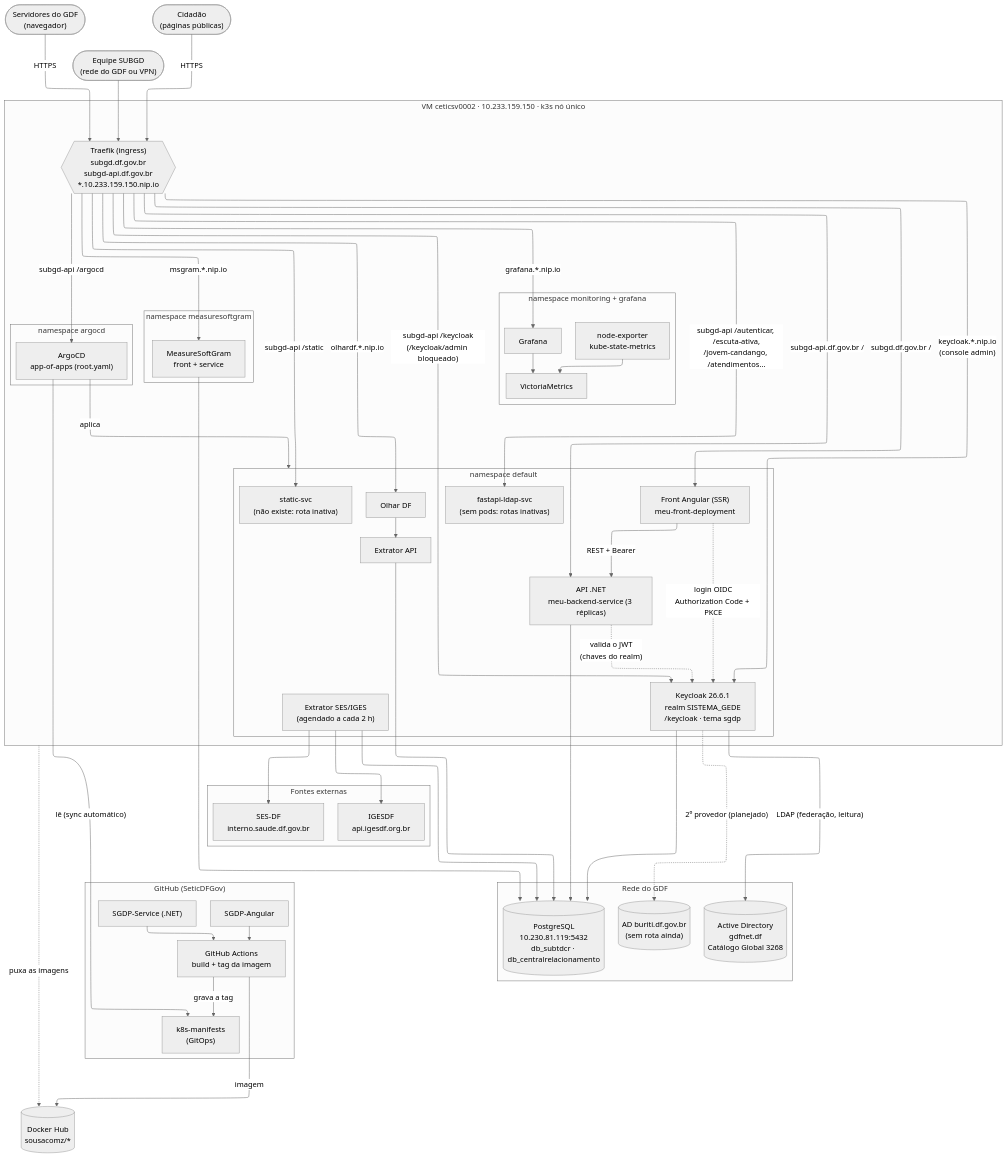
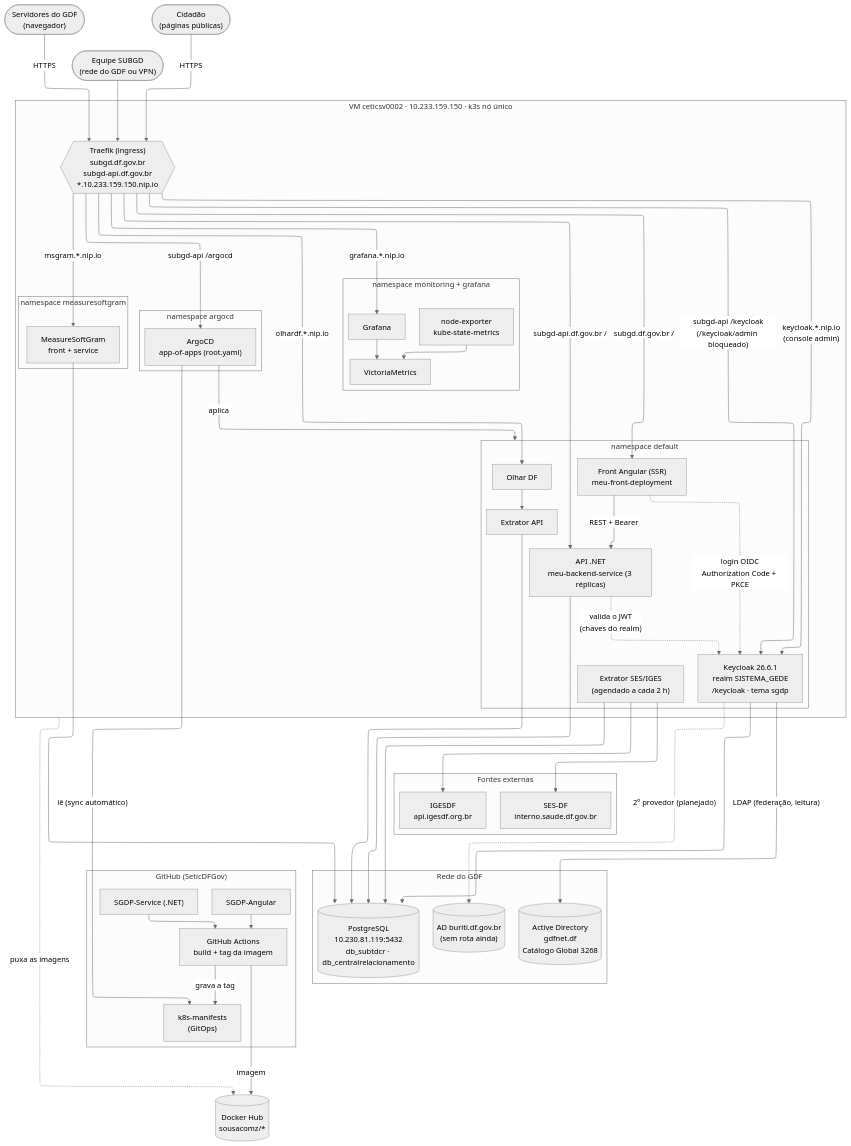
The first of 3 diagrams in docs/arquitetura.md (SeticDFGov/k8s-manifests), drawn with Mermaid (neutral theme) before and after one commit. The commit also changed 2 other files, not shown here.

Commit message:
docs: sem as rotas inativas removidas do ingress

```diff
--- a/docs/arquitetura.md
+++ b/docs/arquitetura.md
@@ -49,8 +49,6 @@
       olhar["Olhar DF"]
       extrator["Extrator SES/IGES<br/>(agendado a cada 2 h)"]
       extratorApi["Extrator API"]
-      fastapi["fastapi-ldap-svc<br/>(sem pods: rotas inativas)"]
-      static["static-svc<br/>(não existe: rota inativa)"]
     end
 
     subgraph ns_msgram["namespace measuresoftgram"]
@@ -75,8 +73,6 @@
   traefik -->|"subgd.df.gov.br /"| front
   traefik -->|"subgd-api.df.gov.br /"| back
   traefik -->|"subgd-api /keycloak<br/>(/keycloak/admin bloqueado)"| kc
-  traefik -->|"subgd-api /autenticar, /escuta-ativa,<br/>/jovem-candango, /atendimentos..."| fastapi
-  traefik -->|"subgd-api /static"| static
   traefik -->|"subgd-api /argocd"| argocd
   traefik -->|"olhardf.*.nip.io"| olhar
   traefik -->|"msgram.*.nip.io"| msgram
```
